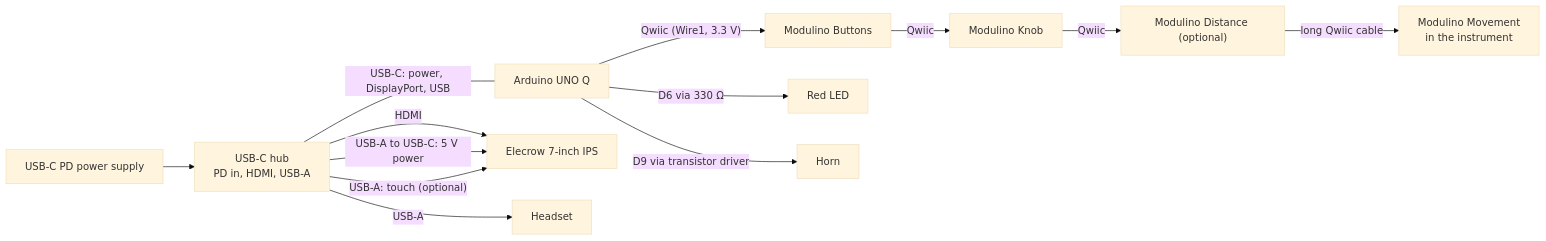
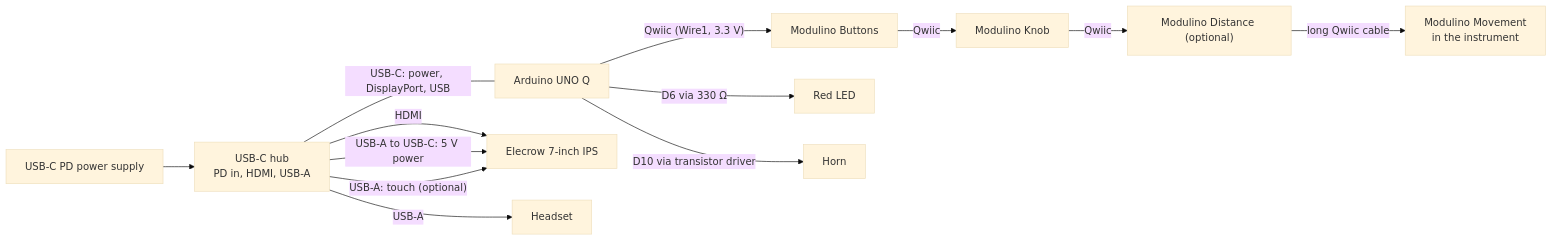
Before and after one commit to JustCodeX/steadyHands: the first of 2 diagrams in WIRING.md, drawn with Mermaid (base theme). The commit also changed other lines of this file and 2 other files, not shown here.

First line of the commit message:
Docs: horn is on D10, not D9

````diff
--- a/WIRING.md
+++ b/WIRING.md
@@ -28,15 +28,15 @@
 ```mermaid
 flowchart LR
   PSU["USB-C PD power supply"] --> HUB["USB-C hub<br/>PD in, HDMI, USB-A"]
   HUB -- "USB-C: power, DisplayPort, USB" --- Q["Arduino UNO Q"]
   HUB -- "HDMI" --> DISP["Elecrow 7-inch IPS"]
   HUB -- "USB-A to USB-C: 5 V power" --> DISP
   HUB -- "USB-A: touch (optional)" --> DISP
   HUB -- "USB-A" --> HS["Headset"]
   Q -- "Qwiic (Wire1, 3.3 V)" --> B["Modulino Buttons"]
   B -- "Qwiic" --> K["Modulino Knob"]
   K -- "Qwiic" --> DI["Modulino Distance (optional)"]
   DI -- "long Qwiic cable" --> M["Modulino Movement<br/>in the instrument"]
   Q -- "D6 via 330 Ω" --> LED["Red LED"]
-  Q -- "D9 via transistor driver" --> HORN["Horn"]
+  Q -- "D10 via transistor driver" --> HORN["Horn"]
 ```
````
